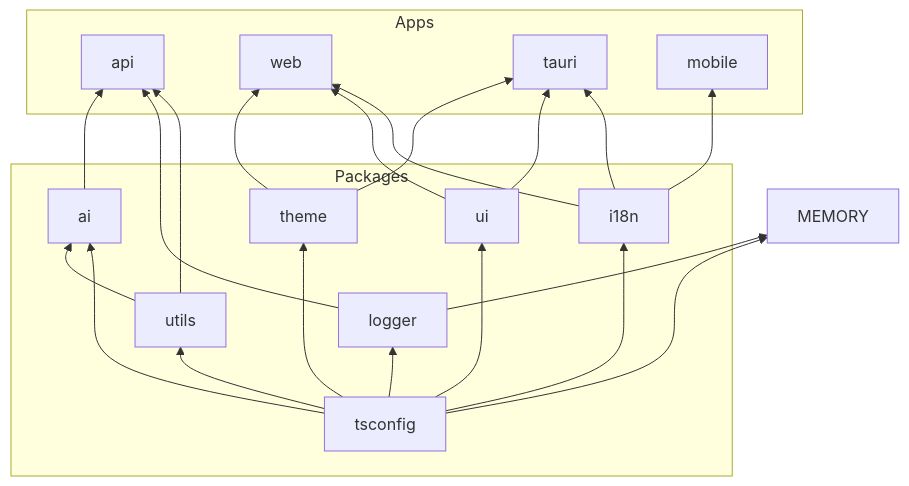
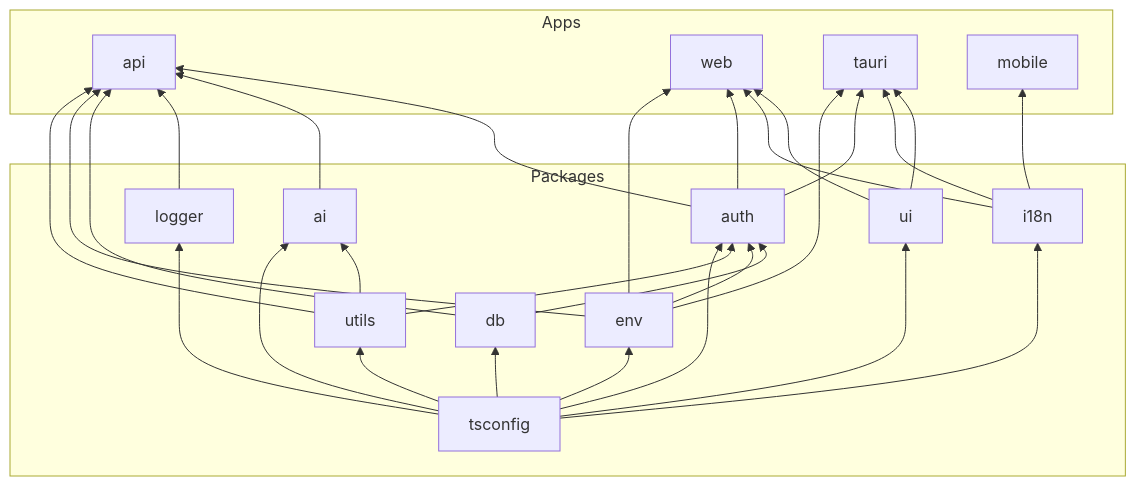
One commit to Pleasurecruise/my-monorepo changed the diagram in docs/README.md. Above: the diagram before and after it, drawn with Mermaid. The commit also changed other lines of this file and 10 other files, not shown here.

````diff
--- a/docs/README.md
+++ b/docs/README.md
@@ -23,29 +24,31 @@
 ```mermaid
 graph BT
     subgraph Packages
         TSCONFIG[tsconfig]
         UTILS[utils]
+        ENV[env]
         I18N[i18n]
         UI[ui]
-        THEME[theme]
         LOGGER[logger]
+        DB[db]
+        AUTH[auth]
         AI[ai]
     end
 
     subgraph Apps
         API[api]
         WEB[web]
         TAURI[tauri]
         MOBILE[mobile]
     end
 
-    TSCONFIG --> UTILS & I18N & UI & THEME & LOGGER & MEMORY & AI
-    LOGGER --> MEMORY
-    UTILS --> AI
-    UTILS --> API
+    TSCONFIG --> UTILS & ENV & I18N & UI & LOGGER & DB & AUTH & AI
+    UTILS --> AUTH & AI & API
+    ENV --> AUTH & API & WEB & TAURI
+    DB --> AUTH & API
     LOGGER --> API
     AI --> API
+    AUTH --> API & WEB & TAURI
     I18N --> WEB & TAURI & MOBILE
     UI --> WEB & TAURI
-    THEME --> WEB & TAURI
 ```
````
